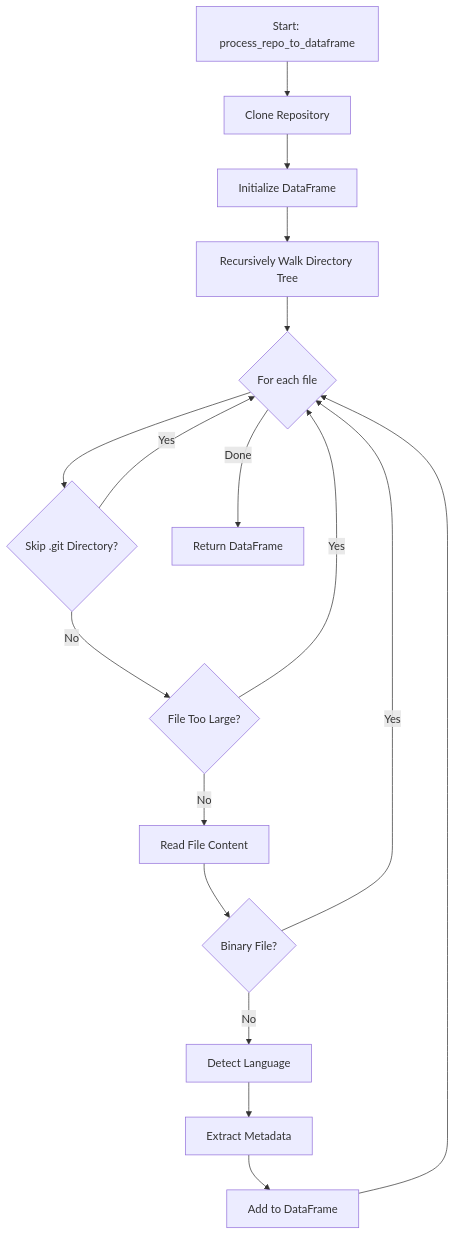
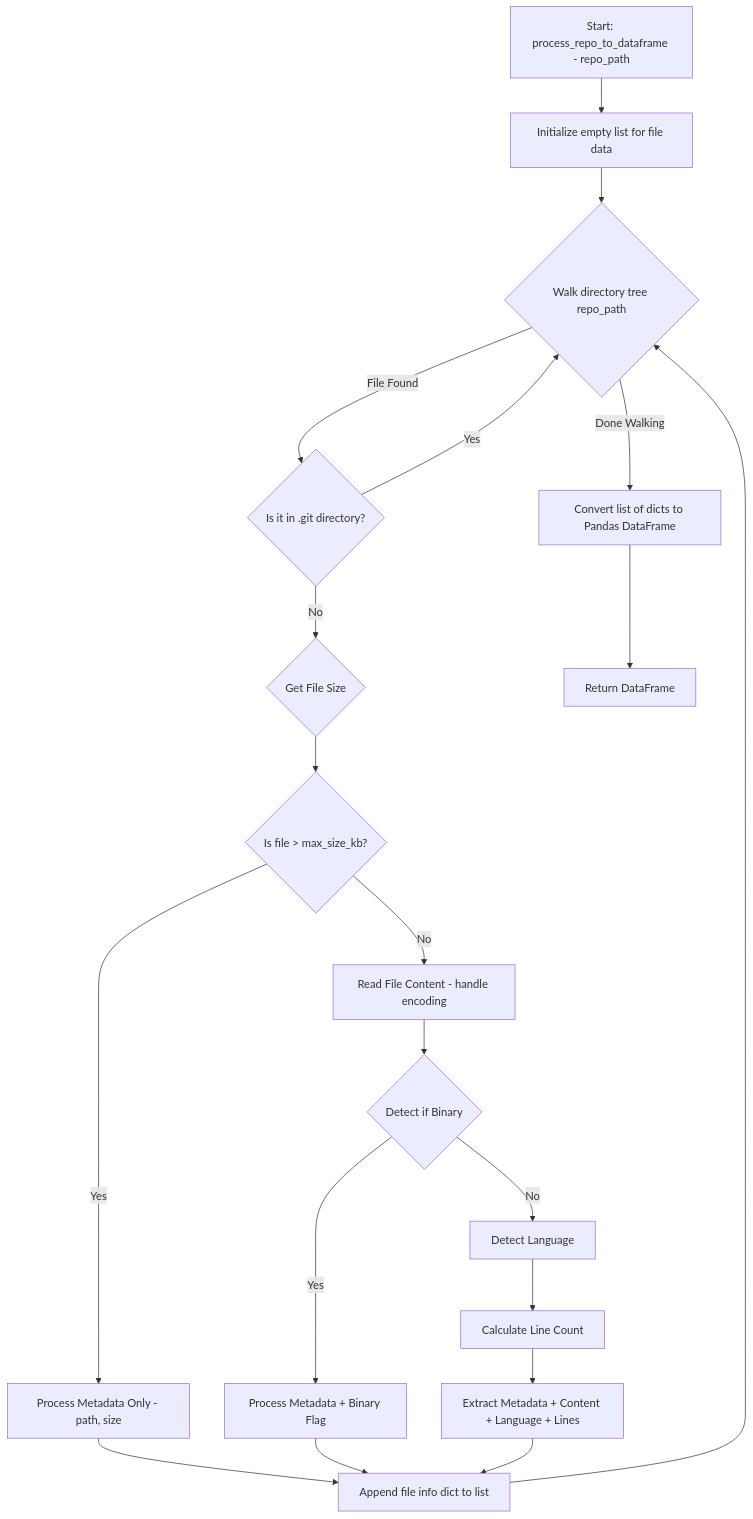
One commit to Ollama-Agent-Roll-Cage/oarc-crawlers changed the tenth of 25 diagrams in docs/Crawlers.md. Above: the diagram before and after it, drawn with Mermaid. The commit also changed other lines of this file and 9 other files, not shown here.

````diff
--- a/docs/Crawlers.md
+++ b/docs/Crawlers.md
@@ -350,19 +359,22 @@
 ```mermaid
-flowchart TD
-    A[Start: process_repo_to_dataframe] --> B[Clone Repository]
-    B --> C[Initialize DataFrame]
-    C --> D[Recursively Walk Directory Tree]
-    D --> E{For each file}
-    E --> F{Skip .git Directory?}
-    F -->|Yes| E
-    F -->|No| G{File Too Large?}
-    G -->|Yes| E
-    G -->|No| H[Read File Content]
-    H --> I{Binary File?}
-    I -->|Yes| E
-    I -->|No| J[Detect Language]
-    J --> K[Extract Metadata]
-    K --> L[Add to DataFrame]
-    L --> E
-    E -->|Done| M[Return DataFrame]
+graph TD
+    A[Start: process_repo_to_dataframe - repo_path] --> B[Initialize empty list for file data]
+    B --> C{Walk directory tree repo_path}
+    C -- File Found --> D{Is it in .git directory?}
+    D -- Yes --> C
+    D -- No --> E{Get File Size}
+    E --> F{Is file > max_size_kb?}
+    F -- Yes --> G[Process Metadata Only - path, size]
+    F -- No --> H[Read File Content - handle encoding]
+    H --> I{Detect if Binary}
+    I -- Yes --> J[Process Metadata + Binary Flag]
+    I -- No --> K[Detect Language]
+    K --> L[Calculate Line Count]
+    L --> M[Extract Metadata + Content + Language + Lines]
+    G --> N[Append file info dict to list]
+    J --> N
+    M --> N
+    N --> C
+    C -- Done Walking --> O[Convert list of dicts to Pandas DataFrame]
+    O --> P[Return DataFrame]
 ```
````
